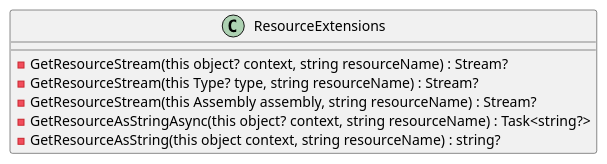
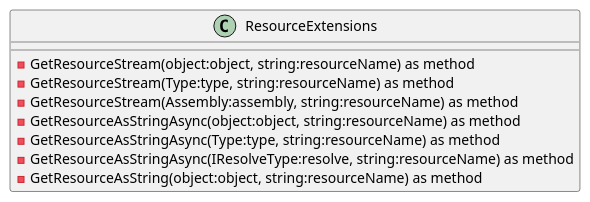
Before and after one commit to mwwhited-forks/dotnet-libs: the third of 4 diagrams in docs/generated/Framework/Eliassen.Extensions/Reflection/Documentation.md, drawn with PlantUML. The commit also changed other lines of this file and 444 other files, not shown here.

````diff
--- a/docs/generated/Framework/Eliassen.Extensions/Reflection/Documentation.md
+++ b/docs/generated/Framework/Eliassen.Extensions/Reflection/Documentation.md
@@ -45,12 +66,14 @@
 ```plantuml
 @startuml
 class ResourceExtensions {
-  - GetResourceStream(this object? context, string resourceName) : Stream?
-  - GetResourceStream(this Type? type, string resourceName) : Stream?
-  - GetResourceStream(this Assembly assembly, string resourceName) : Stream?
-  - GetResourceAsStringAsync(this object? context, string resourceName) : Task<string?>
-  - GetResourceAsString(this object context, string resourceName) : string?
+  - GetResourceStream(object:object, string:resourceName) as method
+  - GetResourceStream(Type:type, string:resourceName) as method
+  - GetResourceStream(Assembly:assembly, string:resourceName) as method
+  - GetResourceAsStringAsync(object:object, string:resourceName) as method
+  - GetResourceAsStringAsync(Type:type, string:resourceName) as method
+  - GetResourceAsStringAsync(IResolveType:resolve, string:resourceName) as method
+  - GetResourceAsString(object:object, string:resourceName) as method
 }
 
 @enduml
 ```
````
